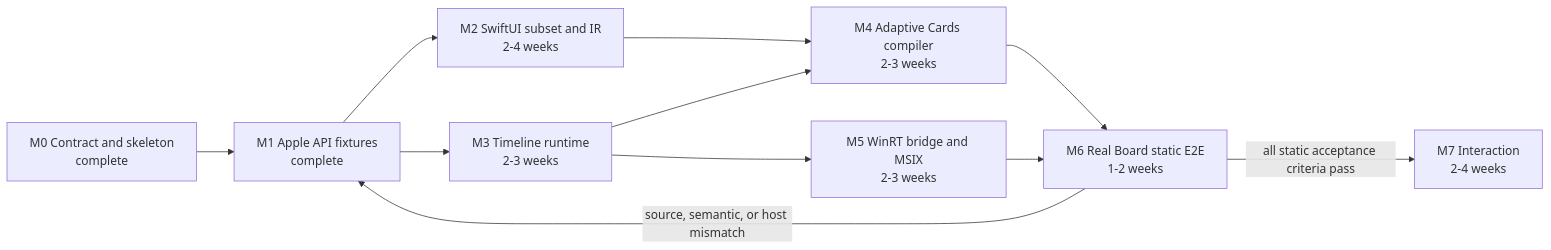
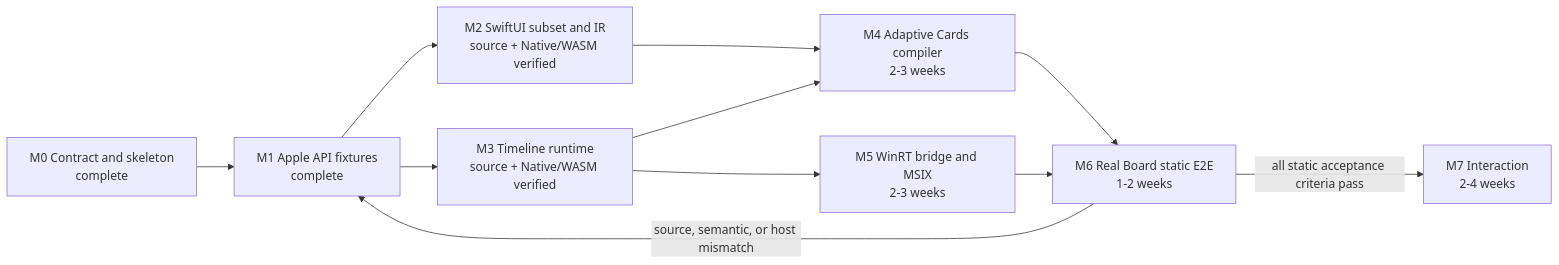
The diagram in IMPLEMENTATION_PROGRESS.md (1amageek/OpenWidgetKit), drawn with Mermaid before and after one commit. The commit also changed other lines of this file and 91 other files, not shown here.

Commit message:
Implement M2 SwiftUI semantics and M3 widget runtime

````diff
--- a/IMPLEMENTATION_PROGRESS.md
+++ b/IMPLEMENTATION_PROGRESS.md
@@ -42,22 +46,22 @@
 ```mermaid
 flowchart LR
     M0["M0 Contract and skeleton<br/>complete"]
     M1["M1 Apple API fixtures<br/>complete"]
-    M2["M2 SwiftUI subset and IR<br/>2-4 weeks"]
-    M3["M3 Timeline runtime<br/>2-3 weeks"]
+    M2["M2 SwiftUI subset and IR<br/>source + Native/WASM verified"]
+    M3["M3 Timeline runtime<br/>source + Native/WASM verified"]
     M4["M4 Adaptive Cards compiler<br/>2-3 weeks"]
     M5["M5 WinRT bridge and MSIX<br/>2-3 weeks"]
     M6["M6 Real Board static E2E<br/>1-2 weeks"]
     M7["M7 Interaction<br/>2-4 weeks"]
 
     M0 --> M1
     M1 --> M2
     M1 --> M3
     M2 --> M4
     M3 --> M4
     M3 --> M5
     M4 --> M6
     M5 --> M6
     M6 -->|source, semantic, or host mismatch| M1
     M6 -->|all static acceptance criteria pass| M7
 ```
````
